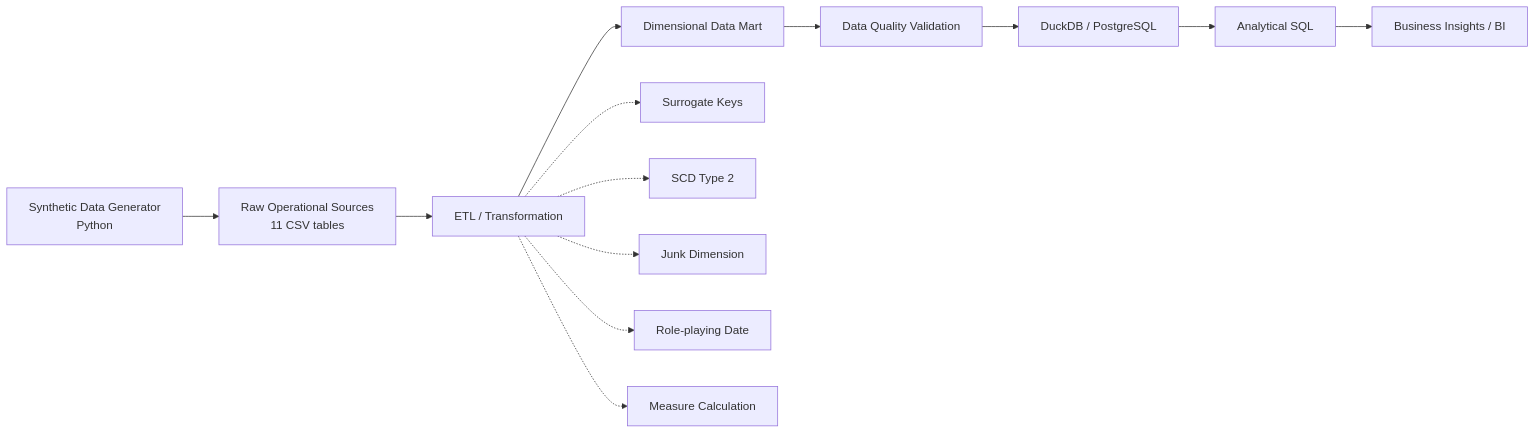
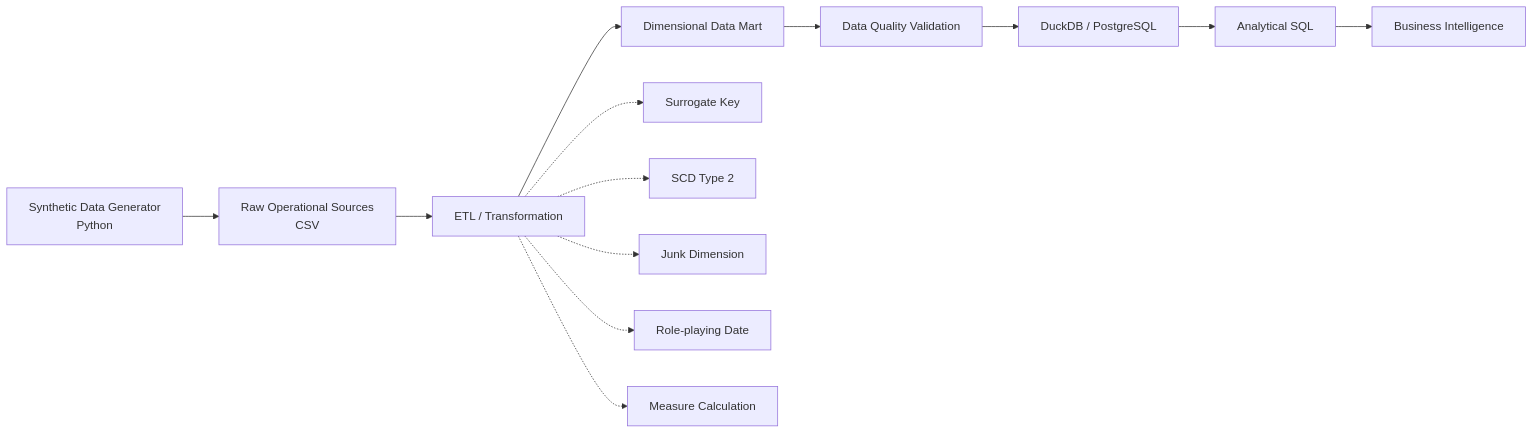
The first of 2 diagrams in README.md (BungHasan/ecommerce-data-warehouse-bi), drawn with Mermaid before and after one commit. The commit also changed other lines of this file, not shown here.

````diff
--- a/README.md
+++ b/README.md
@@ -50,16 +61,16 @@
 ```mermaid
 flowchart LR
-    A["Synthetic Data Generator<br/>Python"] --> B["Raw Operational Sources<br/>11 CSV tables"]
+    A["Synthetic Data Generator<br/>Python"] --> B["Raw Operational Sources<br/>CSV"]
     B --> C["ETL / Transformation"]
     C --> D["Dimensional Data Mart"]
     D --> E["Data Quality Validation"]
     E --> F["DuckDB / PostgreSQL"]
     F --> G["Analytical SQL"]
-    G --> H["Business Insights / BI"]
+    G --> H["Business Intelligence"]
 
-    C -.-> C1["Surrogate Keys"]
+    C -.-> C1["Surrogate Key"]
     C -.-> C2["SCD Type 2"]
     C -.-> C3["Junk Dimension"]
     C -.-> C4["Role-playing Date"]
     C -.-> C5["Measure Calculation"]
 ```
````
